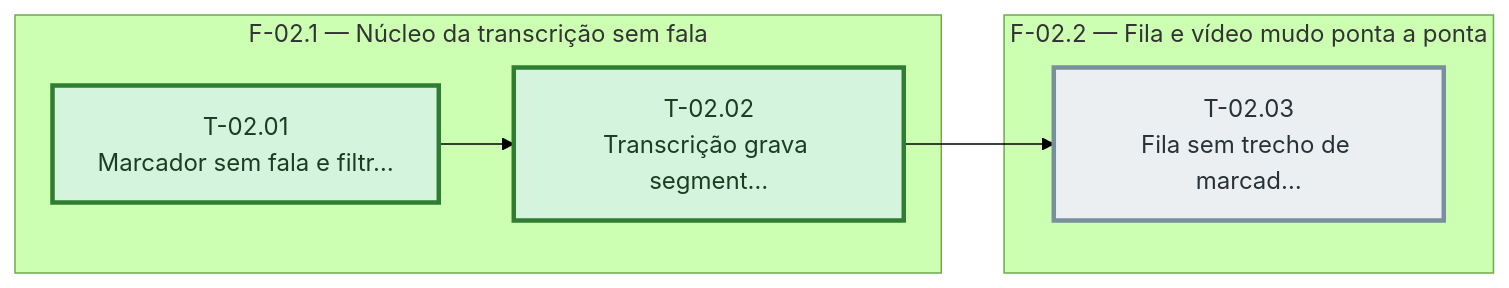
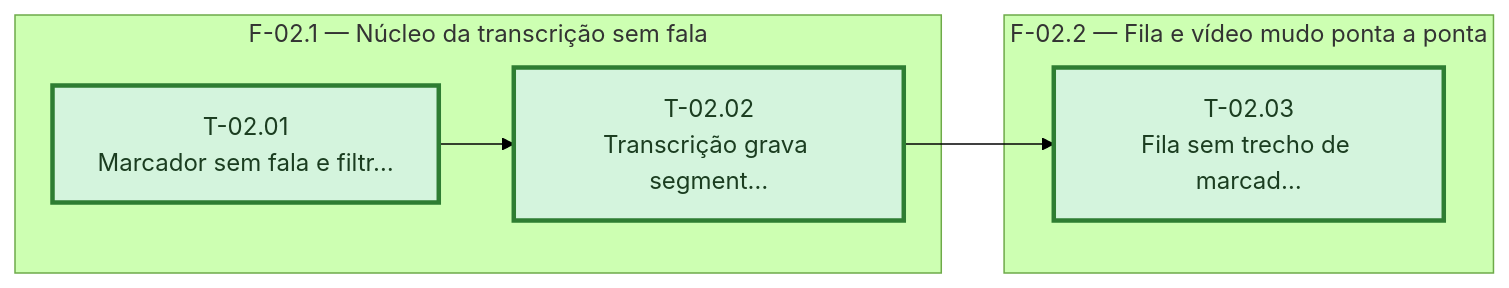
The diagram in docs/robustez-de-midia-e-operacao/sprint-02/fases.md (bittencourtthulio/converse-chatbot), drawn with Mermaid (forest theme) before and after one commit. The commit also changed 7 other files, not shown here.

````diff
--- a/docs/robustez-de-midia-e-operacao/sprint-02/fases.md
+++ b/docs/robustez-de-midia-e-operacao/sprint-02/fases.md
@@ -31,24 +31,24 @@
 ```mermaid
 %% Grafo de tasks — sprint-02 — gerado pela sprintx a partir de tasks.md
 flowchart LR
   subgraph fase_02_1["F-02.1 — Núcleo da transcrição sem fala"]
     T_02_01["T-02.01<br/>Marcador sem fala e filtr…"]
     T_02_02["T-02.02<br/>Transcrição grava segment…"]
   end
   subgraph fase_02_2["F-02.2 — Fila e vídeo mudo ponta a ponta"]
     T_02_03["T-02.03<br/>Fila sem trecho de marcad…"]
   end
   T_02_01 --> T_02_02
   T_02_02 --> T_02_03
 
   classDef concluida fill:#d4f4dd,stroke:#2e7d32,color:#1b3d20
   classDef andamento fill:#fff3cd,stroke:#b8860b,color:#4a3800
   classDef bloqueada fill:#f8d7da,stroke:#c62828,color:#4a1d1f
   classDef pendente  fill:#eceff1,stroke:#78909c,color:#263238
   classDef critico   stroke-width:3px
 
-  class T_02_03 pendente
   class T_02_01 concluida
   class T_02_02 concluida
+  class T_02_03 concluida
   class T_02_01,T_02_02,T_02_03 critico
 ```
````
